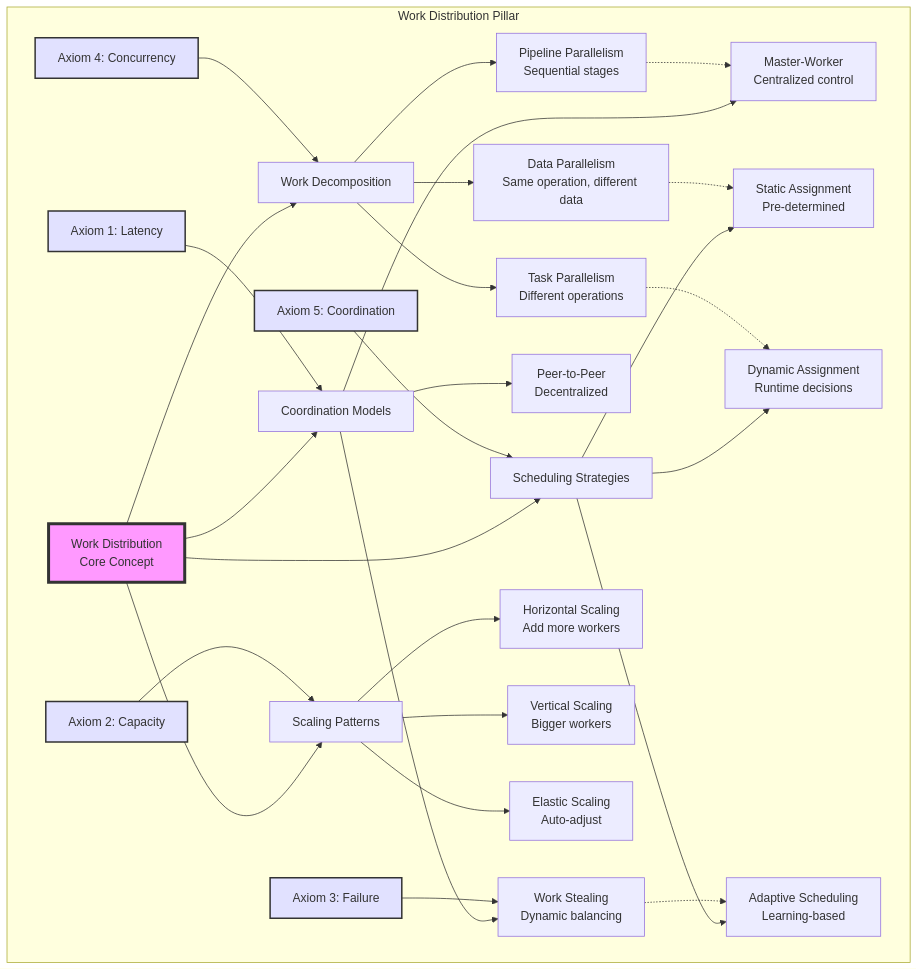
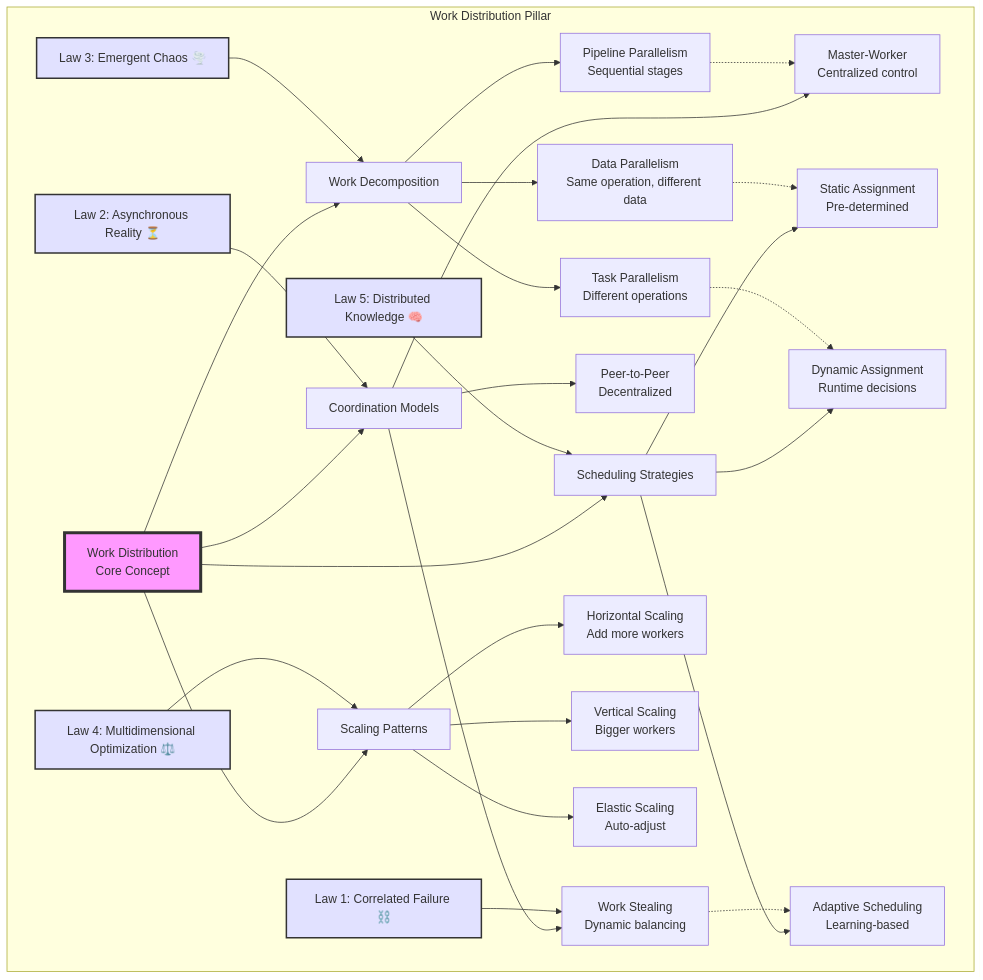
The first of 23 diagrams in docs/part2-pillars/work/index.md (deepaucksharma/DStudio), drawn with Mermaid before and after one commit. The commit also changed other lines of this file and 103 other files, not shown here.

````diff
--- a/docs/part2-pillars/work/index.md
+++ b/docs/part2-pillars/work/index.md
@@ -97,51 +97,51 @@
 ```mermaid
 graph TB
     subgraph "Work Distribution Pillar"
         Core[Work Distribution<br/>Core Concept]
 
         Core --> Decomp[Work Decomposition]
         Core --> Coord[Coordination Models]
         Core --> Sched[Scheduling Strategies]
         Core --> Scale[Scaling Patterns]
 
         %% Decomposition branch
         Decomp --> DataPar[Data Parallelism<br/>Same operation, different data]
         Decomp --> TaskPar[Task Parallelism<br/>Different operations]
         Decomp --> Pipeline[Pipeline Parallelism<br/>Sequential stages]
 
         %% Coordination branch
         Coord --> MasterWorker[Master-Worker<br/>Centralized control]
         Coord --> P2P[Peer-to-Peer<br/>Decentralized]
         Coord --> WorkSteal[Work Stealing<br/>Dynamic balancing]
 
         %% Scheduling branch
         Sched --> Static[Static Assignment<br/>Pre-determined]
         Sched --> Dynamic[Dynamic Assignment<br/>Runtime decisions]
         Sched --> Adaptive[Adaptive Scheduling<br/>Learning-based]
 
         %% Scaling branch
         Scale --> Horizontal[Horizontal Scaling<br/>Add more workers]
         Scale --> Vertical[Vertical Scaling<br/>Bigger workers]
         Scale --> Elastic[Elastic Scaling<br/>Auto-adjust]
 
         %% Key relationships
         DataPar -.-> Static
         TaskPar -.-> Dynamic
         Pipeline -.-> MasterWorker
         WorkSteal -.-> Adaptive
 
-        %% Axiom connections
-        Axiom1[Axiom 1: Latency] --> Coord
-        Axiom2[Axiom 2: Capacity] --> Scale
-        Axiom3[Axiom 3: Failure] --> WorkSteal
-        Axiom4[Axiom 4: Concurrency] --> Decomp
-        Axiom5[Axiom 5: Coordination] --> Sched
+        %% Law connections
+        Law2[Law 2: Asynchronous Reality ⏳] --> Coord
+        Law4[Law 4: Multidimensional Optimization ⚖️] --> Scale
+        Law1[Law 1: Correlated Failure ⛓️] --> WorkSteal
+        Law3[Law 3: Emergent Chaos 🌪️] --> Decomp
+        Law5[Law 5: Distributed Knowledge 🧠] --> Sched
     end
 
     style Core fill:#f9f,stroke:#333,stroke-width:4px
-    style Axiom1 fill:#e1e1ff,stroke:#333,stroke-width:2px
-    style Axiom2 fill:#e1e1ff,stroke:#333,stroke-width:2px
-    style Axiom3 fill:#e1e1ff,stroke:#333,stroke-width:2px
-    style Axiom4 fill:#e1e1ff,stroke:#333,stroke-width:2px
-    style Axiom5 fill:#e1e1ff,stroke:#333,stroke-width:2px
+    style Law2 fill:#e1e1ff,stroke:#333,stroke-width:2px
+    style Law4 fill:#e1e1ff,stroke:#333,stroke-width:2px
+    style Law1 fill:#e1e1ff,stroke:#333,stroke-width:2px
+    style Law3 fill:#e1e1ff,stroke:#333,stroke-width:2px
+    style Law5 fill:#e1e1ff,stroke:#333,stroke-width:2px
 ```
````
